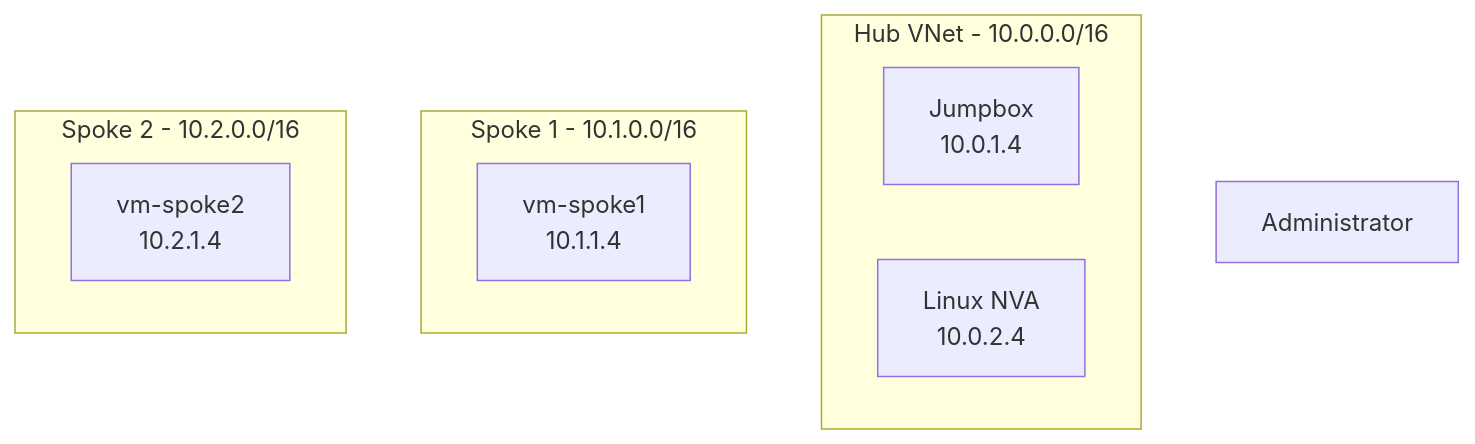
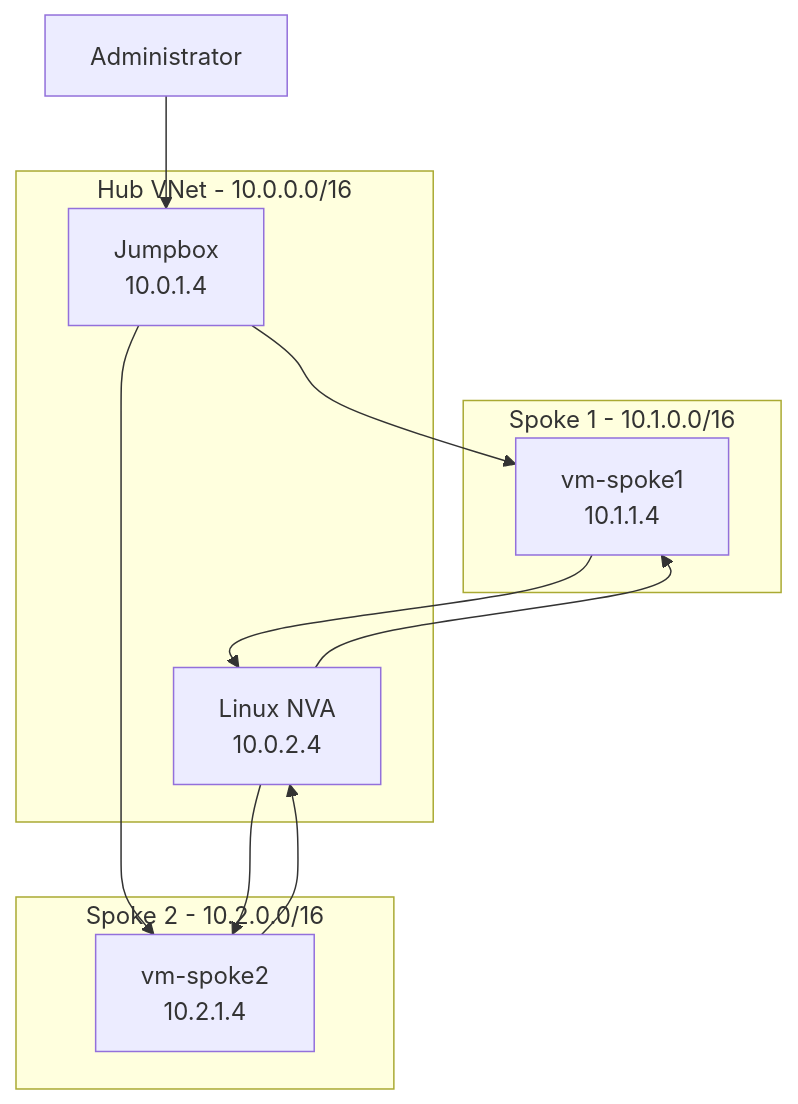
Before and after one commit to johncline07/azure-hub-spoke-lab: the diagram in README.md, drawn with Mermaid. The commit also changed other lines of this file, not shown here.

````diff
--- a/README.md
+++ b/README.md
@@ -33,19 +33,26 @@
 ```mermaid
 flowchart TD
     Internet["Administrator"]
     Jumpbox["Jumpbox<br/>10.0.1.4"]
     NVA["Linux NVA<br/>10.0.2.4"]
 
     subgraph Hub["Hub VNet - 10.0.0.0/16"]
         Jumpbox
         NVA
     end
 
     subgraph Spoke1["Spoke 1 - 10.1.0.0/16"]
         VM1["vm-spoke1<br/>10.1.1.4"]
     end
 
     subgraph Spoke2["Spoke 2 - 10.2.0.0/16"]
         VM2["vm-spoke2<br/>10.2.1.4"]
     end
+    Internet --> Jumpbox
+    Jumpbox --> VM1
+    Jumpbox --> VM2
+    VM1 --> NVA
+    NVA --> VM2
+    VM2 --> NVA
+    NVA --> VM1
 ```
````
